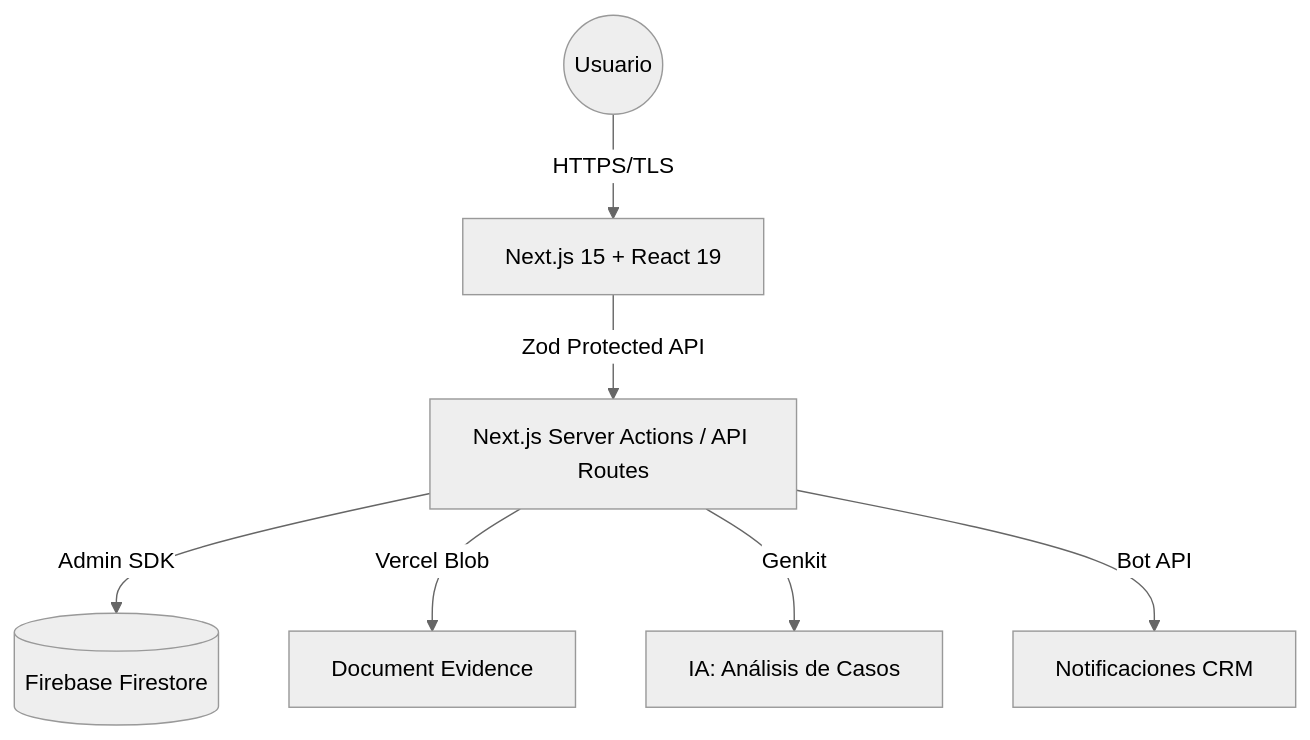
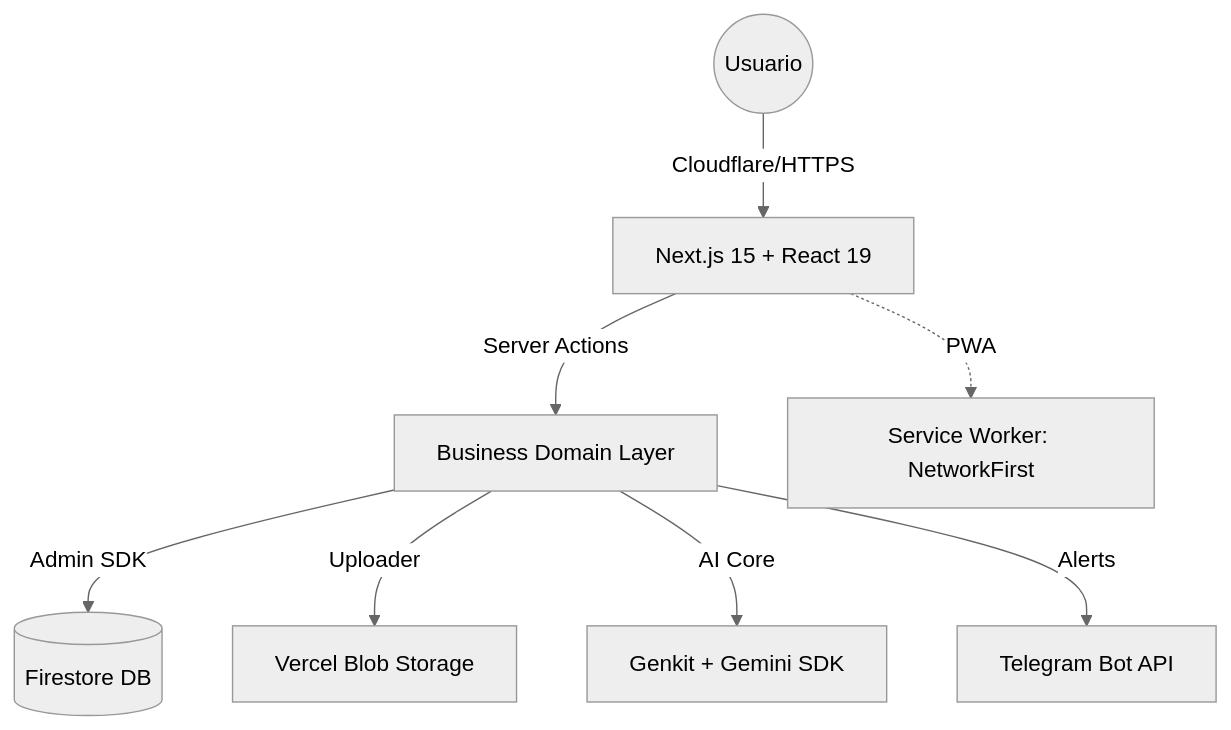
Before and after one commit to sthanfv/Desmulta: the diagram in README.md, drawn with Mermaid (neutral theme). The commit also changed other lines of this file and 4 other files, not shown here.

````diff
--- a/README.md
+++ b/README.md
@@ -33,9 +37,10 @@
 ```mermaid
 graph TD
-    User((Usuario)) --> |HTTPS/TLS| Frontend[Next.js 15 + React 19]
-    Frontend --> |Zod Protected API| Backend[Next.js Server Actions / API Routes]
-    Backend --> |Admin SDK| Firestore[(Firebase Firestore)]
-    Backend --> |Vercel Blob| Storage[Document Evidence]
-    Backend --> |Genkit| Gemini[IA: Análisis de Casos]
-    Backend --> |Bot API| Telegram[Notificaciones CRM]
+    User((Usuario)) --> |Cloudflare/HTTPS| Frontend[Next.js 15 + React 19]
+    Frontend --> |Server Actions| Logic[Business Domain Layer]
+    Logic --> |Admin SDK| Firestore[(Firestore DB)]
+    Logic --> |Uploader| Blob[Vercel Blob Storage]
+    Logic --> |AI Core| Gemini[Genkit + Gemini SDK]
+    Logic --> |Alerts| CRM[Telegram Bot API]
+    Frontend -.-> |PWA| SW[Service Worker: NetworkFirst]
 ```
````
